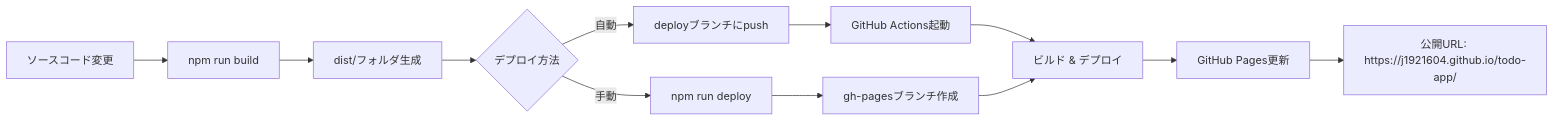
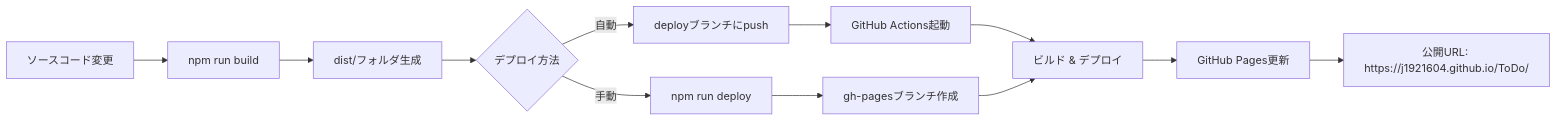
One commit to J1921604/ToDo changed the fourth of 5 diagrams in specs/001-ToDo/spec.md. Above: the diagram before and after it, drawn with Mermaid. The commit also changed 1 other file, not shown here.

Commit message:
docs: tasks.mdのガントチャートを詳細化、spec.mdの公開URL修正
・tasks.mdガントチャート: 7フェーズを38サブタスクに細分化
・相対日付方式(after p<N>)で開始日変更時の自動調整対応
・年末年始休暇(12/27-1/4)を明示的に除外
・spec.md: 公開URLをtodo-app/からToDo/に修正

````diff
--- a/specs/001-ToDo/spec.md
+++ b/specs/001-ToDo/spec.md
@@ -164,14 +164,14 @@
 ```mermaid
 flowchart LR
     A[ソースコード変更] --> B[npm run build]
     B --> C[dist/フォルダ生成]
     C --> D{デプロイ方法}
     D -->|自動| E[deployブランチにpush]
     D -->|手動| F[npm run deploy]
     E --> G[GitHub Actions起動]
     F --> H[gh-pagesブランチ作成]
     G --> I[ビルド & デプロイ]
     H --> I
     I --> J[GitHub Pages更新]
-    J --> K[公開URL: https://j1921604.github.io/todo-app/]
+    J --> K[公開URL: https://j1921604.github.io/ToDo/]
 ```
````
